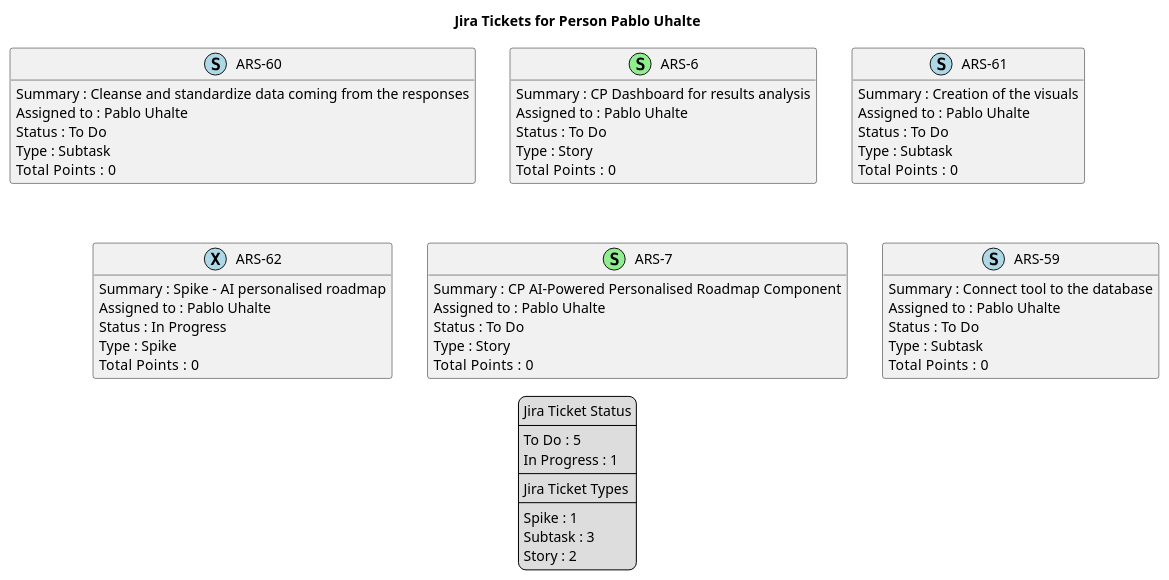
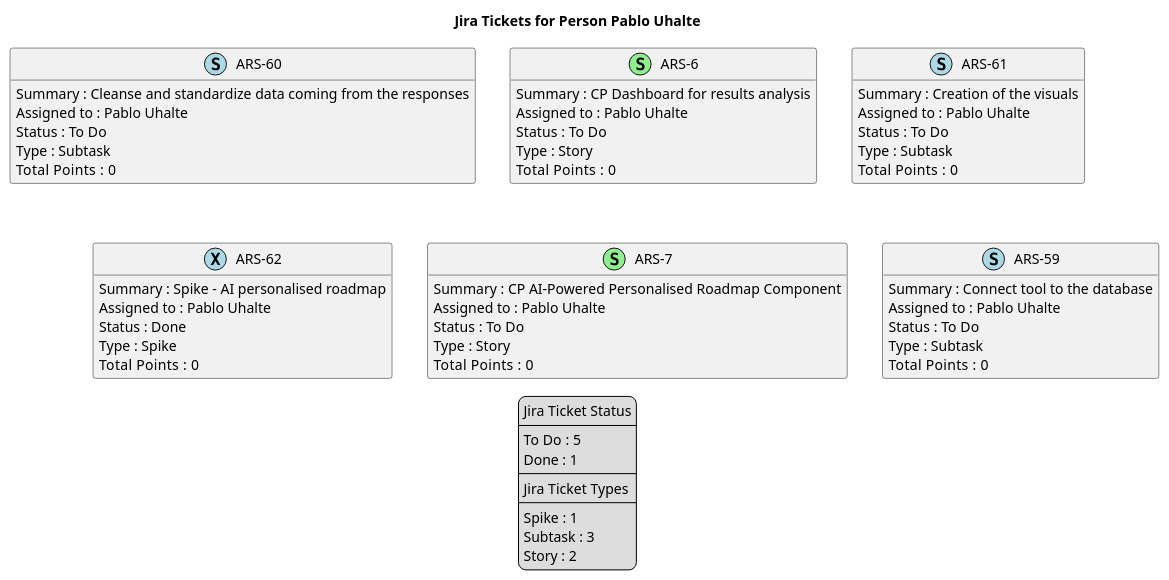
The diagram in docs/nexus/jira-Person-Pablo_Uhalte.puml (brunasti/jiraplotter), drawn with PlantUML before and after one commit. The commit also changed 24 other files, not shown here.

Commit message:
Regenerates Nexus diagrams

```diff
--- a/docs/nexus/jira-Person-Pablo_Uhalte.puml
+++ b/docs/nexus/jira-Person-Pablo_Uhalte.puml
@@ -1,78 +1,78 @@
 @startuml
 'https://plantuml.com/class-diagram
 
 ' GENERATE CLASS DIAGRAM ===========
-' Generated at    : Thu May 16 15:52:42 CEST 2024
+' Generated at    : Tue May 21 11:41:23 CEST 2024
 
 title Jira Tickets for Person Pablo Uhalte
 hide empty members
 
 legend
 Jira Ticket Status
 ----
 To Do : 5
-In Progress : 1
+Done : 1
 ----
 Jira Ticket Types
 ----
 Spike : 1
 Subtask : 3
 Story : 2
 end legend
 
 
 ' Tickets =======
 class "ARS-60" << (S,lightblue) >> {
  Summary : Cleanse and standardize data coming from the responses
  Assigned to : Pablo Uhalte
  Status : To Do
  Type : Subtask
 Total  Points : 0
 }
 
 class "ARS-6" << (S,lightgreen) >> {
  Summary : CP Dashboard for results analysis
  Assigned to : Pablo Uhalte
  Status : To Do
  Type : Story
 Total  Points : 0
 }
 
 class "ARS-61" << (S,lightblue) >> {
  Summary : Creation of the visuals
  Assigned to : Pablo Uhalte
  Status : To Do
  Type : Subtask
 Total  Points : 0
 }
 
 class "ARS-62" << (X,lightblue) >> {
  Summary : Spike - AI personalised roadmap
  Assigned to : Pablo Uhalte
- Status : In Progress
+ Status : Done
  Type : Spike
 Total  Points : 0
 }
 
 class "ARS-7" << (S,lightgreen) >> {
  Summary : CP AI-Powered Personalised Roadmap Component
  Assigned to : Pablo Uhalte
  Status : To Do
  Type : Story
 Total  Points : 0
 }
 
 class "ARS-59" << (S,lightblue) >> {
  Summary : Connect tool to the database 
  Assigned to : Pablo Uhalte
  Status : To Do
  Type : Subtask
 Total  Points : 0
 }
 
 
 
 ' Links =======
 
 
 @enduml
```
